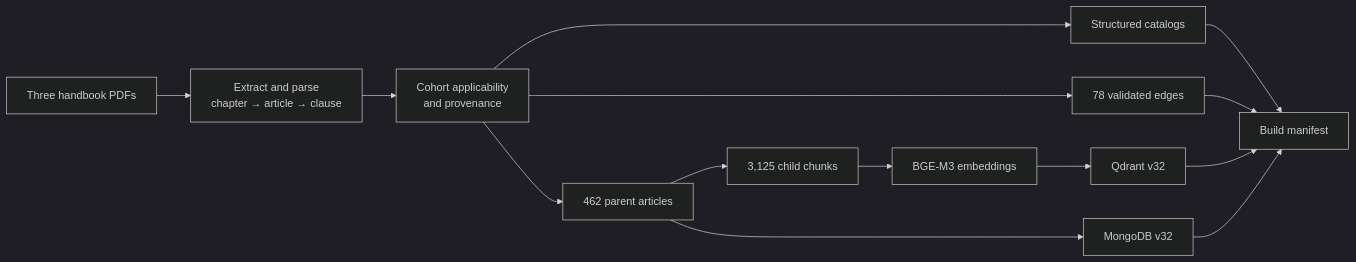
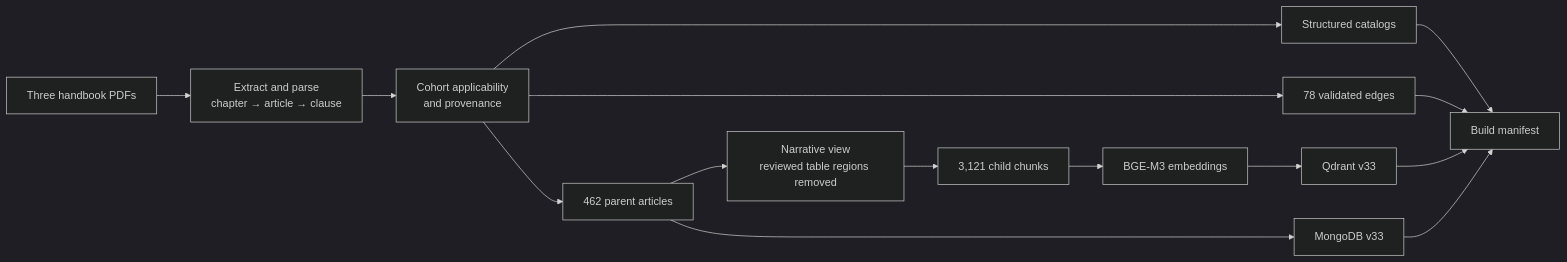
The third of 3 diagrams in README.md (AnhPhiNe/student-handbook-rag-chatbot), drawn with Mermaid (dark theme) before and after one commit. The commit also changed other lines of this file and 2 other files, not shown here.

````diff
--- a/README.md
+++ b/README.md
@@ -186,16 +189,17 @@
 ```mermaid
 flowchart LR
     PDFs["Three handbook PDFs"] --> Parse["Extract and parse<br/>chapter → article → clause"]
     Parse --> Policy["Cohort applicability<br/>and provenance"]
     Policy --> Tables["Structured catalogs"]
     Policy --> Parents["462 parent articles"]
     Policy --> Graph["78 validated edges"]
-    Parents --> Chunks["3,125 child chunks"]
+    Parents --> Narrative["Narrative view<br/>reviewed table regions removed"]
+    Narrative --> Chunks["3,121 child chunks"]
     Chunks --> Embed["BGE-M3 embeddings"]
-    Embed --> Qdrant["Qdrant v32"]
-    Parents --> Mongo["MongoDB v32"]
+    Embed --> Qdrant["Qdrant v33"]
+    Parents --> Mongo["MongoDB v33"]
     Tables --> Manifest["Build manifest"]
     Graph --> Manifest
     Qdrant --> Manifest
     Mongo --> Manifest
 ```
````
